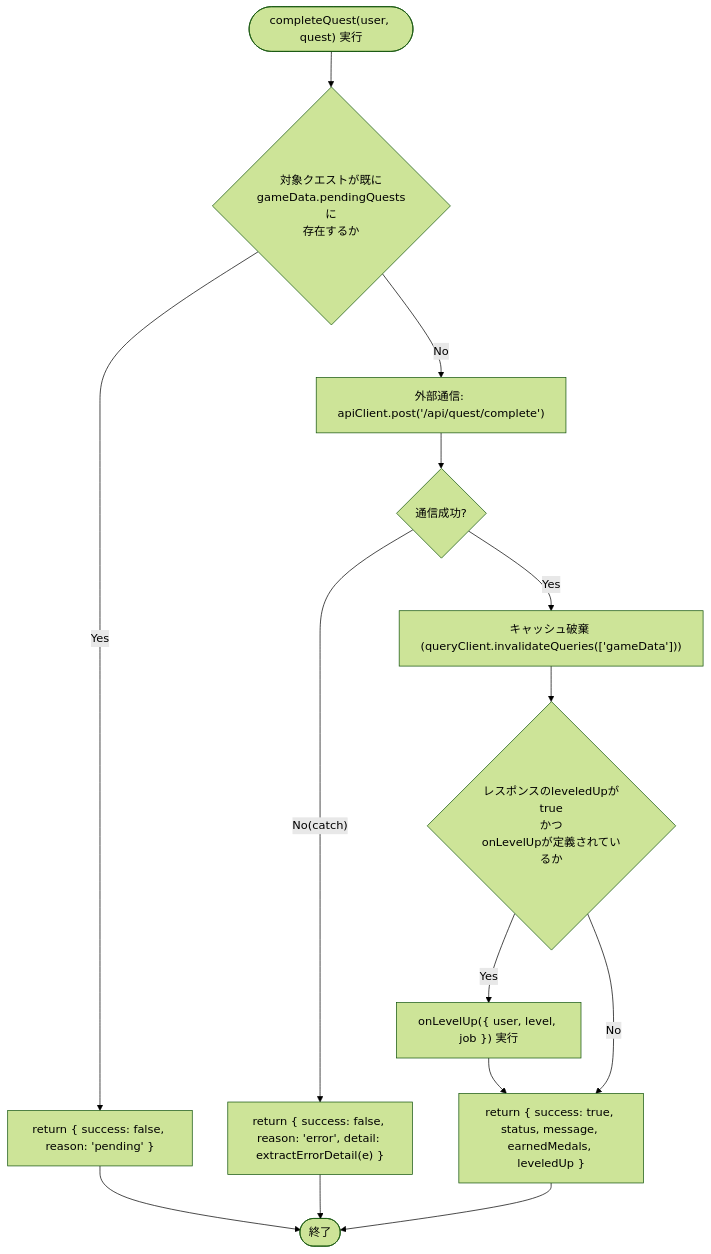
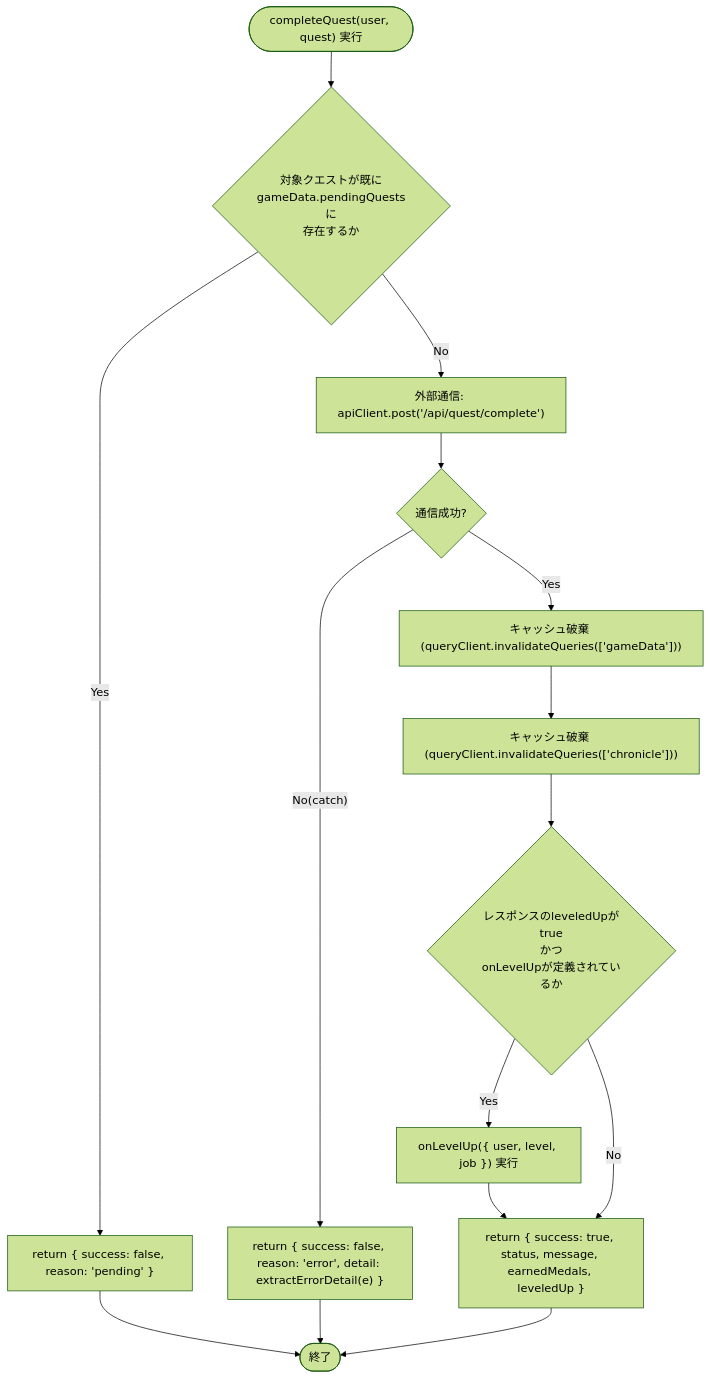
One commit to mmtigers/my_python_project changed the first of 2 diagrams in docs/specifications/family-quest/src/hooks/useGameData.md. Above: the diagram before and after it, drawn with Mermaid (forest theme). The commit also changed other lines of this file and 65 other files, not shown here.

````diff
--- a/docs/specifications/family-quest/src/hooks/useGameData.md
+++ b/docs/specifications/family-quest/src/hooks/useGameData.md
@@ -252,17 +213,17 @@
 ```mermaid
 flowchart TD
     Start(["completeQuest(user, quest) 実行"]) --> CheckPending{"対象クエストが既に\ngameData.pendingQuestsに\n存在するか"}
     CheckPending -- Yes --> ReturnPending["return { success: false, reason: 'pending' }"]
     CheckPending -- No --> MutateAsync["外部通信: apiClient.post('/api/quest/complete')"]
     MutateAsync --> CheckSuccess{"通信成功?"}
     CheckSuccess -- No(catch) --> ReturnError["return { success: false, reason: 'error', detail: extractErrorDetail(e) }"]
-    CheckSuccess -- Yes --> InvalidateCache["キャッシュ破棄 (queryClient.invalidateQueries(['gameData']))"]
-    InvalidateCache --> CheckLevelUp{"レスポンスのleveledUpがtrue\nかつ\nonLevelUpが定義されているか"}
+    CheckSuccess -- Yes --> InvalidateGameData["キャッシュ破棄 (queryClient.invalidateQueries(['gameData']))"]
+    InvalidateGameData --> InvalidateChronicle["キャッシュ破棄 (queryClient.invalidateQueries(['chronicle']))"]
+    InvalidateChronicle --> CheckLevelUp{"レスポンスのleveledUpがtrue\nかつ\nonLevelUpが定義されているか"}
     CheckLevelUp -- Yes --> CallOnLevelUp["onLevelUp({ user, level, job }) 実行"]
     CallOnLevelUp --> ReturnSuccess["return { success: true, status, message, earnedMedals, leveledUp }"]
     CheckLevelUp -- No --> ReturnSuccess
     ReturnError --> End(["終了"])
     ReturnPending --> End
     ReturnSuccess --> End
-
 ```
````
